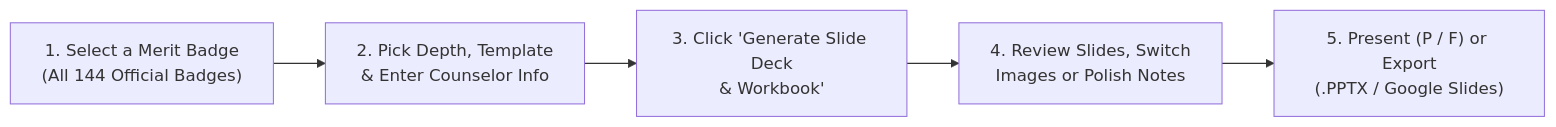
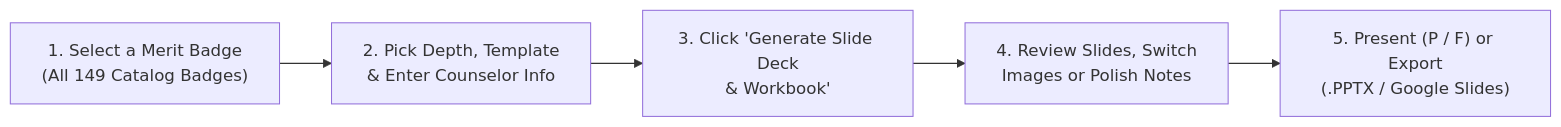
One commit to clayberg/scouts-bsa-merit-badge-agent changed the first of 2 diagrams in docs/USER_GUIDE.md. Above: the diagram before and after it, drawn with Mermaid. The commit also changed other lines of this file and 193 other files, not shown here.

````diff
--- a/docs/USER_GUIDE.md
+++ b/docs/USER_GUIDE.md
@@ -41,7 +42,7 @@
 ```mermaid
 flowchart LR
-    Step1["1. Select a Merit Badge<br/>(All 144 Official Badges)"] --> Step2["2. Pick Depth, Template<br/>& Enter Counselor Info"]
+    Step1["1. Select a Merit Badge<br/>(All 149 Catalog Badges)"] --> Step2["2. Pick Depth, Template<br/>& Enter Counselor Info"]
     Step2 --> Step3["3. Click 'Generate Slide Deck<br/>& Workbook'"]
     Step3 --> Step4["4. Review Slides, Switch<br/>Images or Polish Notes"]
     Step4 --> Step5["5. Present (P / F) or Export<br/>(.PPTX / Google Slides)"]
 ```
````
